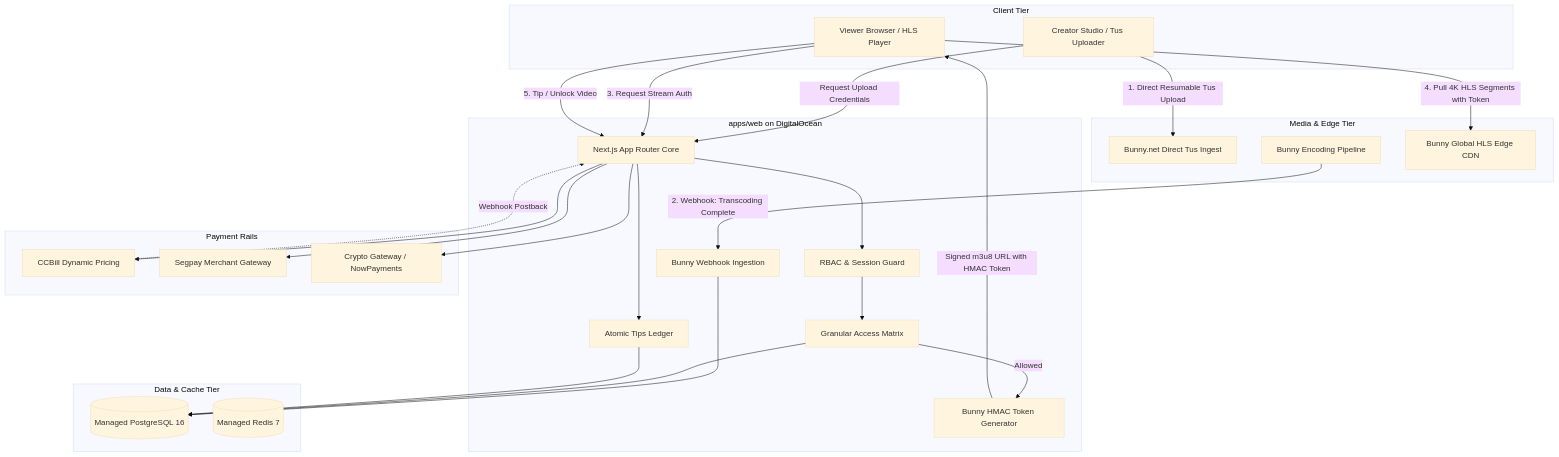
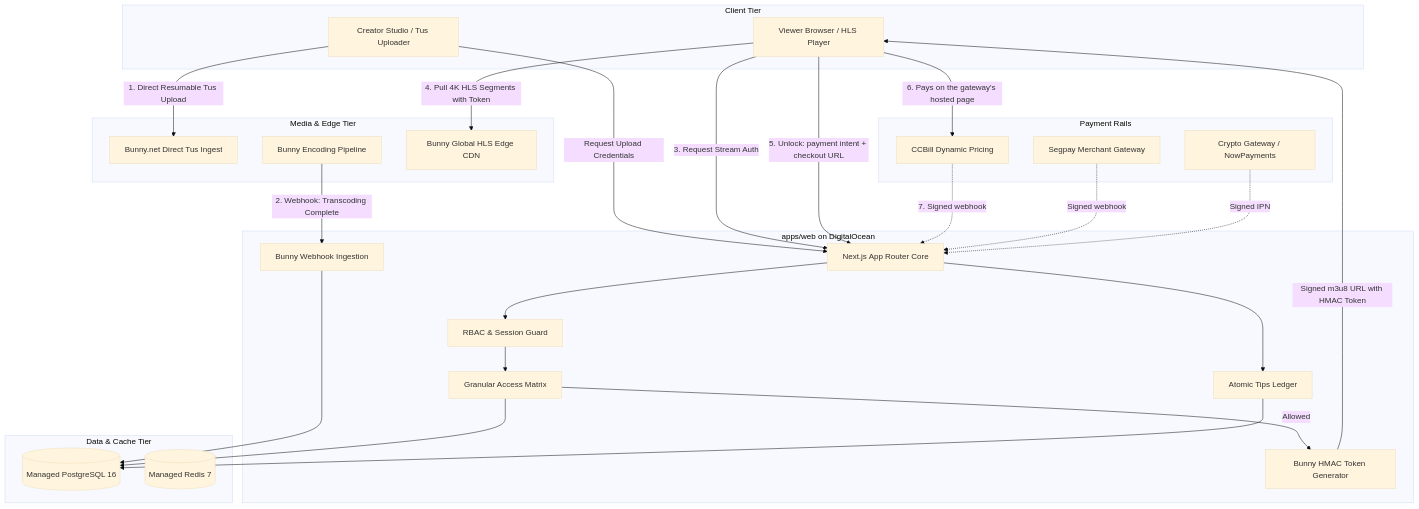
One commit to krizaka/orochia changed the first of 2 diagrams in docs/ARCHITECTURE.md. Above: the diagram before and after it, drawn with Mermaid (base theme). The commit also changed other lines of this file and 16 other files, not shown here.

````diff
--- a/docs/ARCHITECTURE.md
+++ b/docs/ARCHITECTURE.md
@@ -9,55 +9,55 @@
 ```mermaid
 graph TD
     subgraph Client Tier
         UserBrowser[Viewer Browser / HLS Player]
         CreatorBrowser[Creator Studio / Tus Uploader]
     end
 
     subgraph Orochia Core Engine [apps/web on DigitalOcean]
         NextApp[Next.js App Router Core]
         AuthGuard[RBAC & Session Guard]
         AccessResolver[Granular Access Matrix]
         StreamSigner[Bunny HMAC Token Generator]
         LedgerService[Atomic Tips Ledger]
         WebhookReceiver[Bunny Webhook Ingestion]
     end
 
     subgraph Data & Cache Tier
         Postgres[(Managed PostgreSQL 16)]
         RedisCache[(Managed Redis 7)]
     end
 
     subgraph Media & Edge Tier
         BunnyTus[Bunny.net Direct Tus Ingest]
         BunnyTranscoder[Bunny Encoding Pipeline]
         BunnyEdge[Bunny Global HLS Edge CDN]
     end
 
     subgraph Payment Rails
         CCBill[CCBill Dynamic Pricing]
         Segpay[Segpay Merchant Gateway]
         CryptoGW[Crypto Gateway / NowPayments]
     end
 
     CreatorBrowser -->|1. Direct Resumable Tus Upload| BunnyTus
     CreatorBrowser -->|Request Upload Credentials| NextApp
     BunnyTranscoder -->|2. Webhook: Transcoding Complete| WebhookReceiver
     WebhookReceiver --> Postgres
 
     UserBrowser -->|3. Request Stream Auth| NextApp
     NextApp --> AuthGuard
     AuthGuard --> AccessResolver
     AccessResolver --> Postgres
     AccessResolver -->|Allowed| StreamSigner
     StreamSigner -->|Signed m3u8 URL with HMAC Token| UserBrowser
 
     UserBrowser -->|4. Pull 4K HLS Segments with Token| BunnyEdge
 
-    UserBrowser -->|5. Tip / Unlock Video| NextApp
-    NextApp --> CCBill
-    NextApp --> Segpay
-    NextApp --> CryptoGW
-    CCBill -.->|Webhook Postback| NextApp
+    UserBrowser -->|5. Unlock: payment intent + checkout URL| NextApp
+    UserBrowser -->|6. Pays on the gateway's hosted page| CCBill
+    CCBill -.->|7. Signed webhook| NextApp
+    Segpay -.->|Signed webhook| NextApp
+    CryptoGW -.->|Signed IPN| NextApp
     NextApp --> LedgerService
     LedgerService --> Postgres
 ```
````
